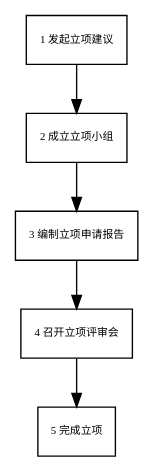
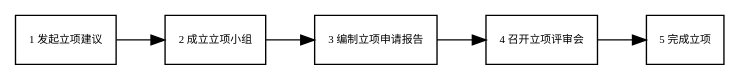
One commit to cruiurc/cruiurc.github.io changed the diagram in source/work/lp/asset/立项流程.rst. Above: the diagram before and after it, drawn with Graphviz. The commit also changed 1 other file, not shown here.

```diff
--- a/source/work/lp/asset/立项流程.rst
+++ b/source/work/lp/asset/立项流程.rst
@@ -42,15 +42,13 @@
 .. graphviz::
 
     digraph 立项{
       {
         发起立项建议 [shape=box fontsize=8 label="1 发起立项建议"];
         成立立项小组 [shape=box fontsize=8 label="2 成立立项小组"];
         编制立项申请报告 [shape=box fontsize=8 label="3 编制立项申请报告"];
         召开立项评审会 [shape=box fontsize=8 label="4 召开立项评审会"];
         完成立项 [shape=box fontsize=8 label="5 完成立项"];
       }
-        发起立项建议 -> 成立立项小组;
-        成立立项小组 -> 编制立项申请报告;
-        编制立项申请报告 -> 召开立项评审会;
-        召开立项评审会 -> 完成立项;
+        rankdir="LR"
+        发起立项建议 -> 成立立项小组 -> 编制立项申请报告 -> 召开立项评审会 -> 完成立项;
     }
```
